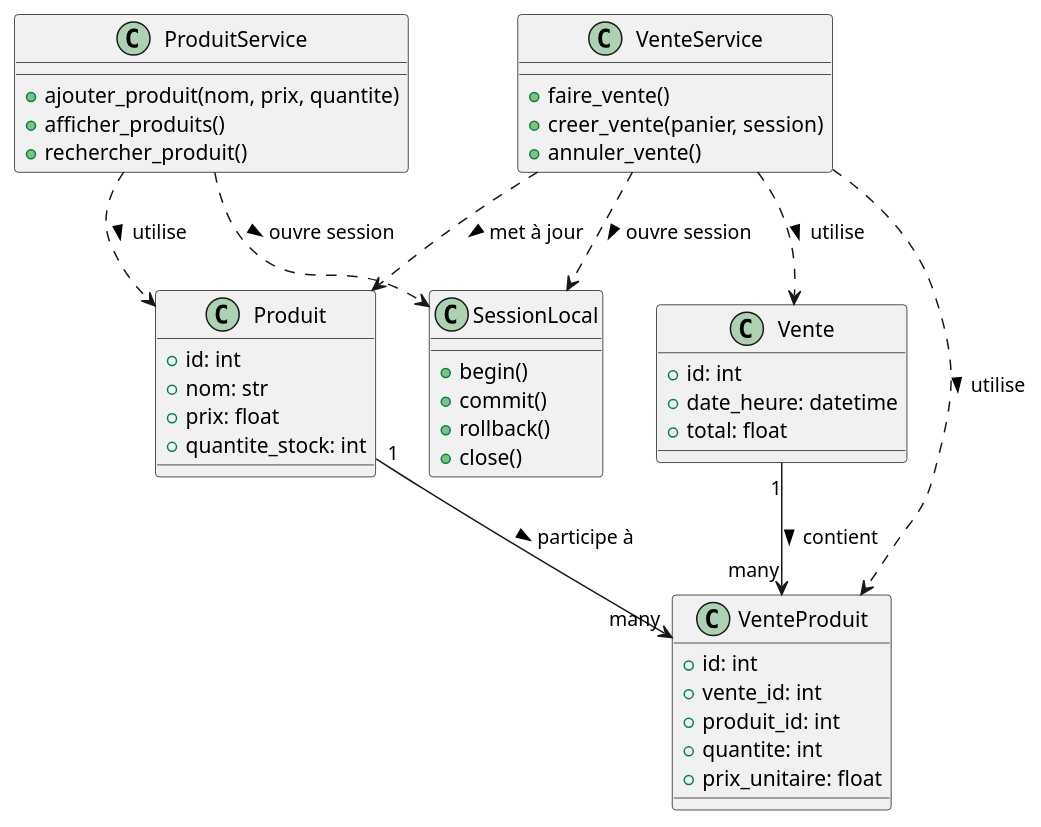
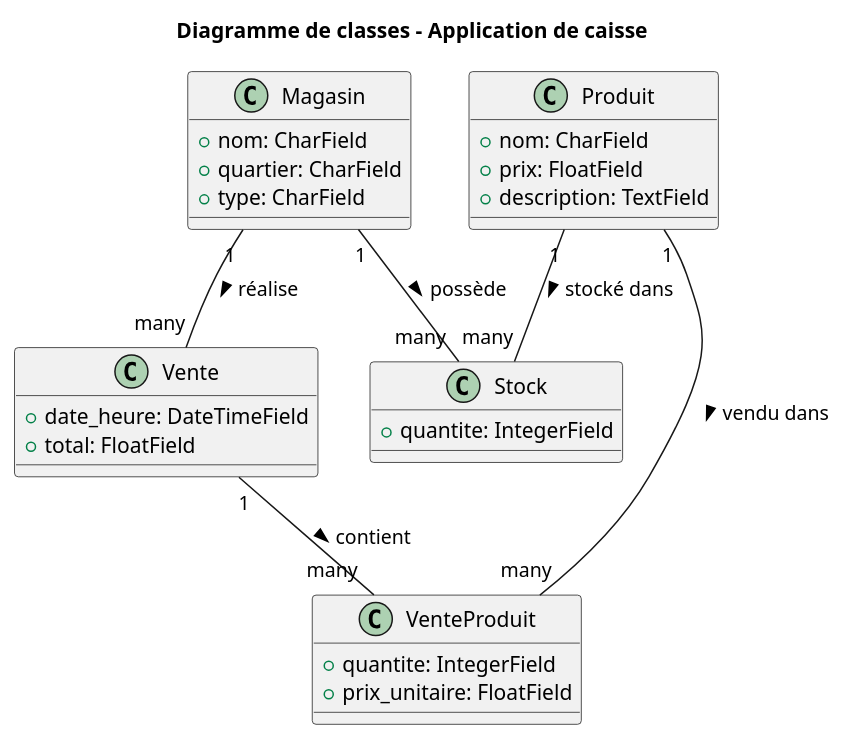
The diagram in docs/UML/ClassDiagramVueLogique.puml (CedricBosseETS/Lab0_CedricBosse), drawn with PlantUML before and after one commit. The commit also changed 10 other files, not shown here.

```diff
--- a/docs/UML/ClassDiagramVueLogique.puml
+++ b/docs/UML/ClassDiagramVueLogique.puml
@@ -1,65 +1,39 @@
 @startuml
 
-' =========================
-'       LES CLASSES
-' =========================
+title Diagramme de classes - Application de caisse
+
+' Définir les classes
+class Magasin {
+    +nom: CharField
+    +quartier: CharField
+    +type: CharField
+}
 
 class Produit {
-    +id: int
-    +nom: str
-    +prix: float
-    +quantite_stock: int
+    +nom: CharField
+    +prix: FloatField
+    +description: TextField
+}
+
+class Stock {
+    +quantite: IntegerField
 }
 
 class Vente {
-    +id: int
-    +date_heure: datetime
-    +total: float
+    +date_heure: DateTimeField
+    +total: FloatField
 }
 
 class VenteProduit {
-    +id: int
-    +vente_id: int
-    +produit_id: int
-    +quantite: int
-    +prix_unitaire: float
+    +quantite: IntegerField
+    +prix_unitaire: FloatField
 }
 
-class ProduitService {
-    +ajouter_produit(nom, prix, quantite)
-    +afficher_produits()
-    +rechercher_produit()
-}
-
-class VenteService {
-    +faire_vente()
-    +creer_vente(panier, session)
-    +annuler_vente()
-}
-
-class SessionLocal {
-    +begin()
-    +commit()
-    +rollback()
-    +close()
-}
-
-' =========================
-'    RELATIONS ENTRE CLASSES
-' =========================
-
-' Relations ORM
-Vente "1" --> "many" VenteProduit : contient >
-Produit "1" --> "many" VenteProduit : participe à >
-
-' Relations services -> modèles
-ProduitService ..> Produit : utilise >
-VenteService ..> Vente : utilise >
-VenteService ..> VenteProduit : utilise >
-VenteService ..> Produit : met à jour >
-
-' Base de données (session)
-ProduitService ..> SessionLocal : ouvre session >
-VenteService ..> SessionLocal : ouvre session >
+' Définir les relations entre les classes
+Magasin "1" -- "many" Stock : possède >
+Produit "1" -- "many" Stock : stocké dans >
+Magasin "1" -- "many" Vente : réalise >
+Vente "1" -- "many" VenteProduit : contient >
+Produit "1" -- "many" VenteProduit : vendu dans >
 
 @enduml
```
